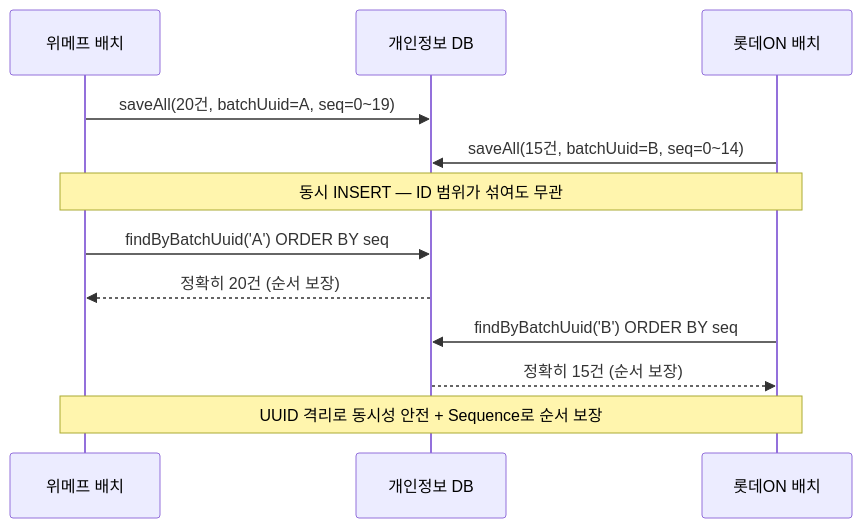
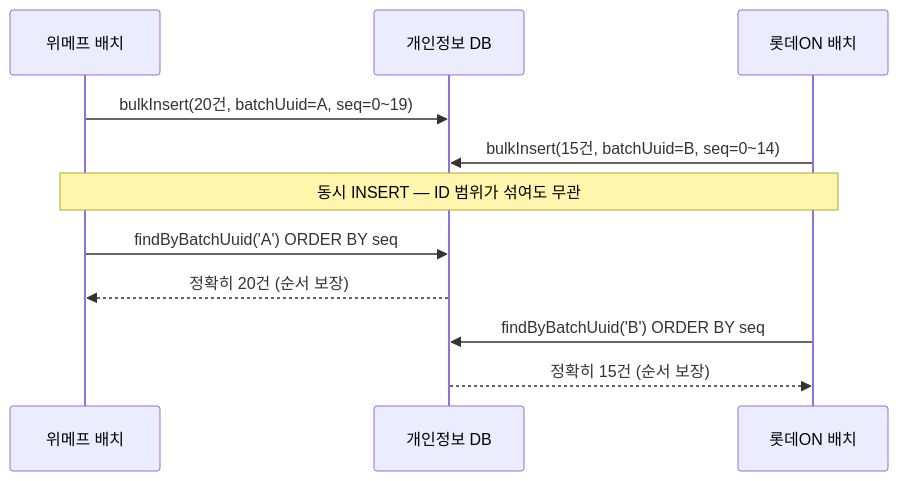
Before and after one commit to banggeunho/banggeunho: the second of 2 diagrams in portfolio/projects/ecommerce-batch-optimization/index.md, drawn with Mermaid. The commit also changed other lines of this file, not shown here.

First line of the commit message:
docs: ecommerce-batch-optimization 프로젝트 페이지 전면 개선

````diff
--- a/portfolio/projects/ecommerce-batch-optimization/index.md
+++ b/portfolio/projects/ecommerce-batch-optimization/index.md
@@ -577,15 +517,14 @@
 ```mermaid
 sequenceDiagram
     participant W as 위메프 배치
     participant DB as 개인정보 DB
     participant L as 롯데ON 배치
 
-    W->>DB: saveAll(20건, batchUuid=A, seq=0~19)
-    L->>DB: saveAll(15건, batchUuid=B, seq=0~14)
+    W->>DB: bulkInsert(20건, batchUuid=A, seq=0~19)
+    L->>DB: bulkInsert(15건, batchUuid=B, seq=0~14)
     Note over W,L: 동시 INSERT — ID 범위가 섞여도 무관
     W->>DB: findByBatchUuid('A') ORDER BY seq
     DB-->>W: 정확히 20건 (순서 보장)
     L->>DB: findByBatchUuid('B') ORDER BY seq
     DB-->>L: 정확히 15건 (순서 보장)
-    Note over W,L: UUID 격리로 동시성 안전 + Sequence로 순서 보장
 ```
````
